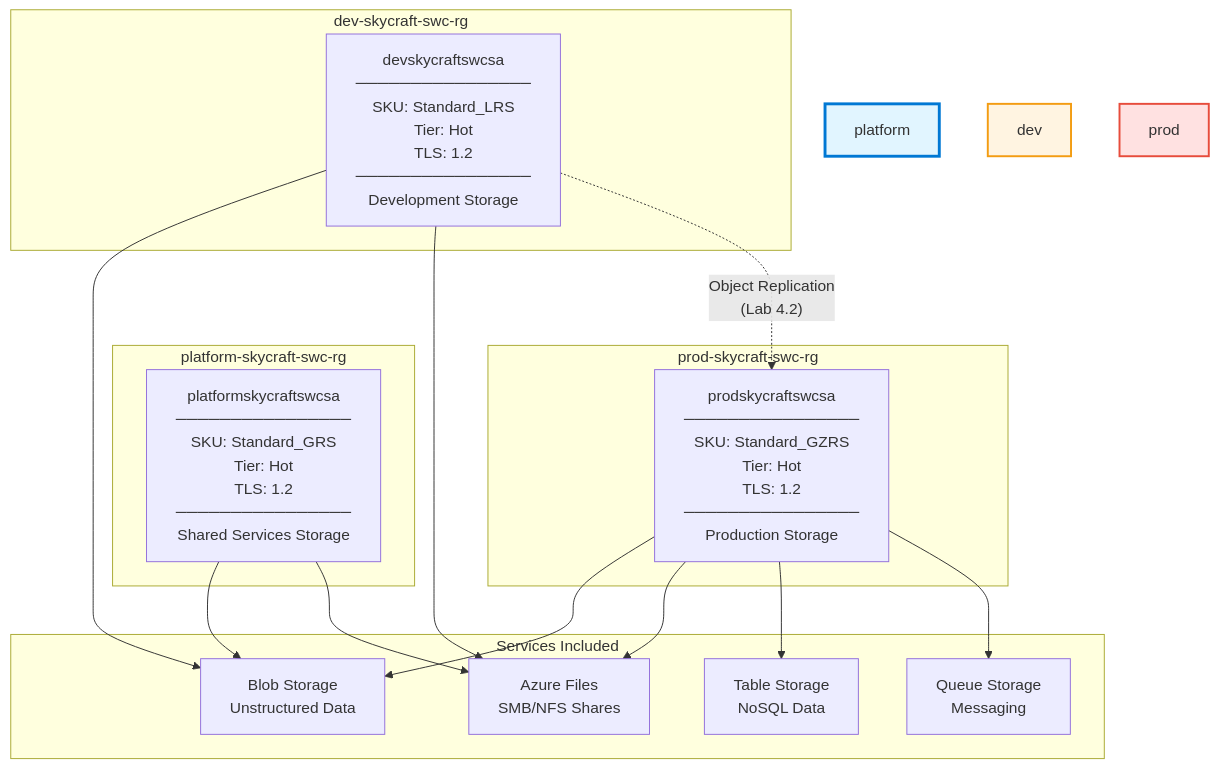
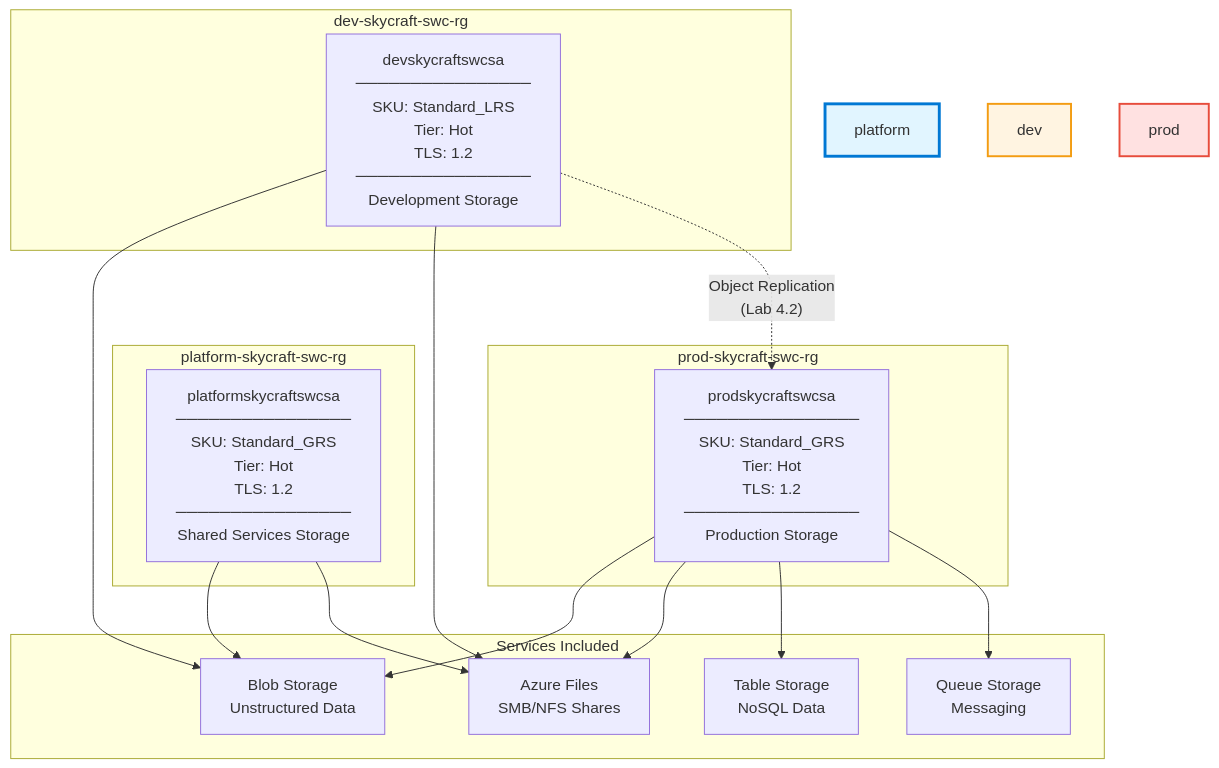
The first of 2 diagrams in module-4-storage/4.1-storage-accounts/lab-guide-4.1.md (mbiszczanik/skycraft), drawn with Mermaid before and after one commit. The commit also changed other lines of this file and 14 other files, not shown here.

````diff
--- a/module-4-storage/4.1-storage-accounts/lab-guide-4.1.md
+++ b/module-4-storage/4.1-storage-accounts/lab-guide-4.1.md
@@ -23,35 +23,35 @@
 ```mermaid
 graph TB
     subgraph "platform-skycraft-swc-rg"
         style platform fill:#e1f5ff,stroke:#0078d4,stroke-width:3px
         SA_Platform["platformskycraftswcsa<br/>────────────────<br/>SKU: Standard_GRS<br/>Tier: Hot<br/>TLS: 1.2<br/>────────────────<br/>Shared Services Storage"]
     end
 
     subgraph "dev-skycraft-swc-rg"
         style dev fill:#fff4e1,stroke:#f39c12,stroke-width:2px
         SA_Dev["devskycraftswcsa<br/>────────────────<br/>SKU: Standard_LRS<br/>Tier: Hot<br/>TLS: 1.2<br/>────────────────<br/>Development Storage"]
     end
 
     subgraph "prod-skycraft-swc-rg"
         style prod fill:#ffe1e1,stroke:#e74c3c,stroke-width:2px
-        SA_Prod["prodskycraftswcsa<br/>────────────────<br/>SKU: Standard_GZRS<br/>Tier: Hot<br/>TLS: 1.2<br/>────────────────<br/>Production Storage"]
+        SA_Prod["prodskycraftswcsa<br/>────────────────<br/>SKU: Standard_GRS<br/>Tier: Hot<br/>TLS: 1.2<br/>────────────────<br/>Production Storage"]
     end
 
     subgraph "Services Included"
         Blob["Blob Storage<br/>Unstructured Data"]
         Files["Azure Files<br/>SMB/NFS Shares"]
         Tables["Table Storage<br/>NoSQL Data"]
         Queues["Queue Storage<br/>Messaging"]
     end
 
     SA_Platform --> Blob
     SA_Platform --> Files
     SA_Dev --> Blob
     SA_Dev --> Files
     SA_Prod --> Blob
     SA_Prod --> Files
     SA_Prod --> Tables
     SA_Prod --> Queues
 
     SA_Dev -.->|"Object Replication<br/>(Lab 4.2)"| SA_Prod
 ```
````
